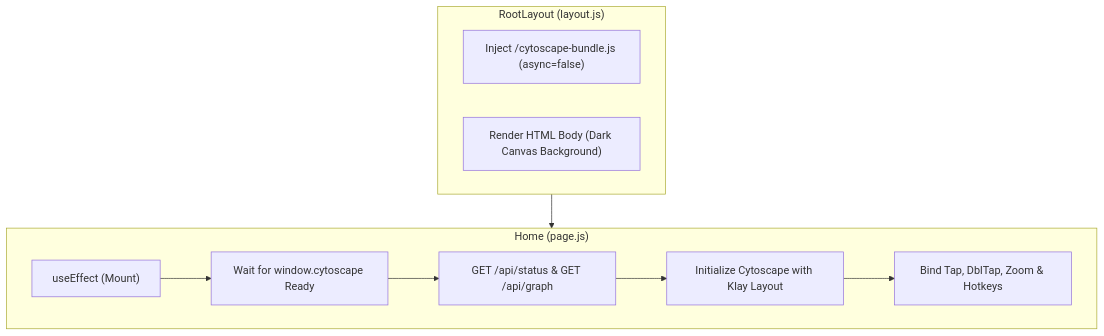
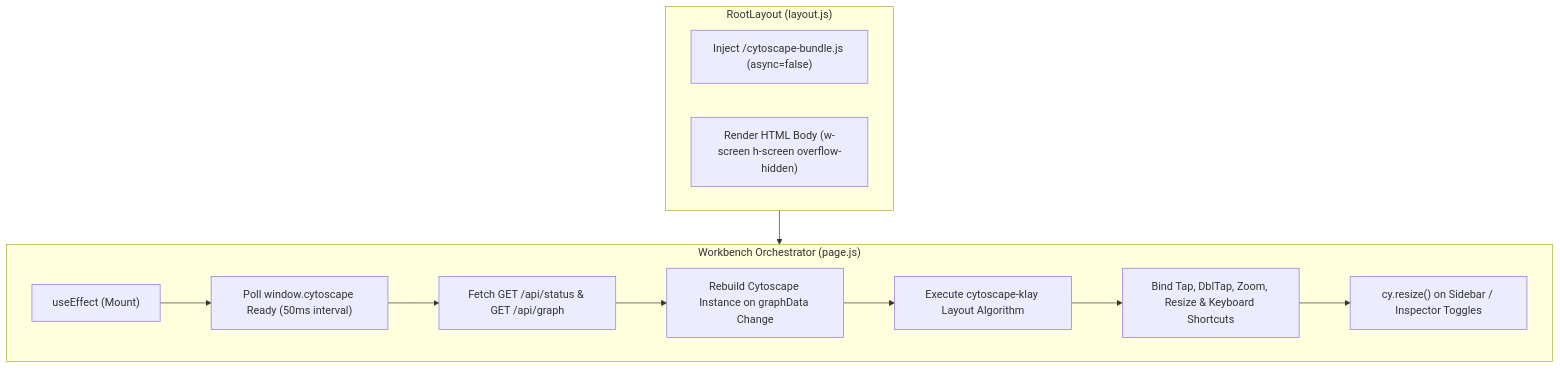
Before and after one commit to AatirNadim/plan-parse: the first of 3 diagrams in ui/app/README.md, drawn with Mermaid. The commit also changed other lines of this file and 6 other files, not shown here.

First line of the commit message:
refactor: Revamp UI documentation and component architecture for Developer Workbench

````diff
--- a/ui/app/README.md
+++ b/ui/app/README.md
@@ -13,21 +13,25 @@
 ```mermaid
 flowchart TD
     subgraph RootLayout["RootLayout (layout.js)"]
         Script["Inject /cytoscape-bundle.js (async=false)"]
-        Body["Render HTML Body (Dark Canvas Background)"]
+        Body["Render HTML Body (w-screen h-screen overflow-hidden)"]
     end
 
-    subgraph HomePage["Home (page.js)"]
+    subgraph WorkbenchOrchestrator["Workbench Orchestrator (page.js)"]
         Mount["useEffect (Mount)"]
-        PollCy["Wait for window.cytoscape Ready"]
-        FetchStatus["GET /api/status & GET /api/graph"]
-        InitCy["Initialize Cytoscape with Klay Layout"]
-        EventBindings["Bind Tap, DblTap, Zoom & Hotkeys"]
+        PollCy["Poll window.cytoscape Ready (50ms interval)"]
+        FetchStatus["Fetch GET /api/status & GET /api/graph"]
+        InitCy["Rebuild Cytoscape Instance on graphData Change"]
+        LayoutRun["Execute cytoscape-klay Layout Algorithm"]
+        EventBindings["Bind Tap, DblTap, Zoom, Resize & Keyboard Shortcuts"]
+        ResizeEffect["cy.resize() on Sidebar / Inspector Toggles"]
     end
 
-    RootLayout --> HomePage
+    RootLayout --> WorkbenchOrchestrator
     Mount --> PollCy
     PollCy --> FetchStatus
     FetchStatus --> InitCy
-    InitCy --> EventBindings
+    InitCy --> LayoutRun
+    LayoutRun --> EventBindings
+    EventBindings --> ResizeEffect
 ```
````
